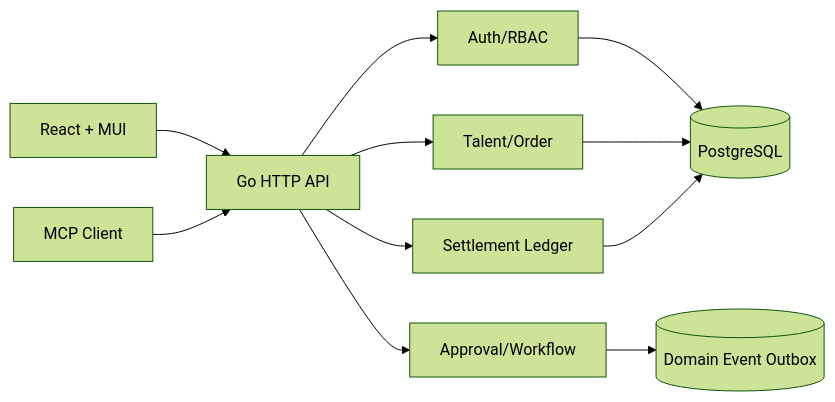
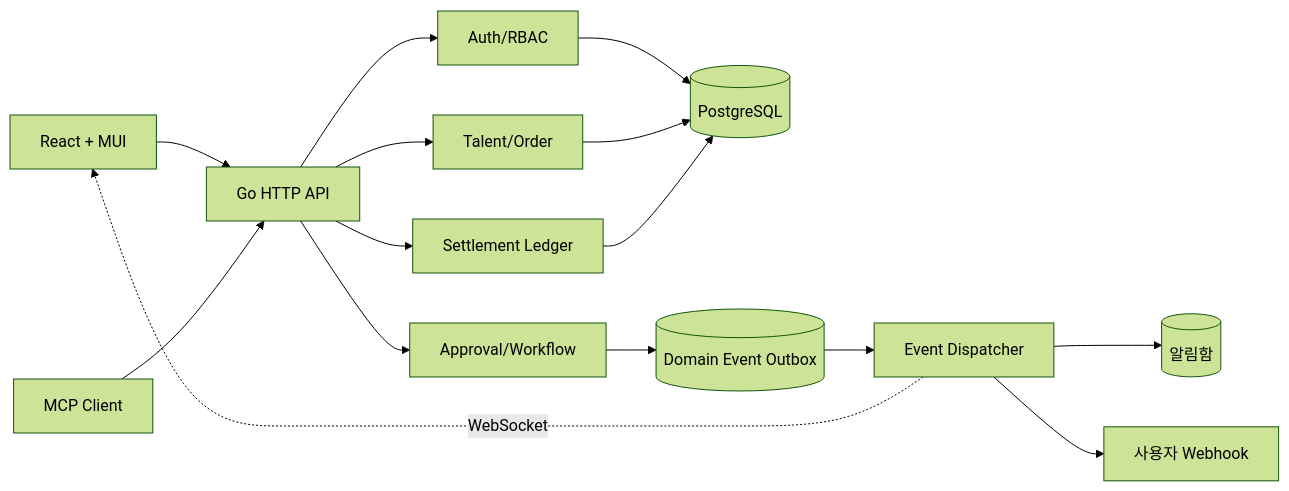
One commit to hkjang/Kkiit changed the diagram in docs/architecture.md. Above: the diagram before and after it, drawn with Mermaid (forest theme). The commit also changed other lines of this file and 149 other files, not shown here.

````diff
--- a/docs/architecture.md
+++ b/docs/architecture.md
@@ -7,13 +7,17 @@
 ```mermaid
 flowchart LR
     Browser[React + MUI] --> Go[Go HTTP API]
     Agent[MCP Client] --> Go
     Go --> Auth[Auth/RBAC]
     Go --> Market[Talent/Order]
     Go --> Workflow[Approval/Workflow]
     Go --> Ledger[Settlement Ledger]
     Auth --> PG[(PostgreSQL)]
     Market --> PG
     Workflow --> Outbox[(Domain Event Outbox)]
     Ledger --> PG
+    Outbox --> Dispatcher[Event Dispatcher]
+    Dispatcher --> Inbox[(알림함)]
+    Dispatcher --> Hook[사용자 Webhook]
+    Dispatcher -.->|WebSocket| Browser
 ```
````
